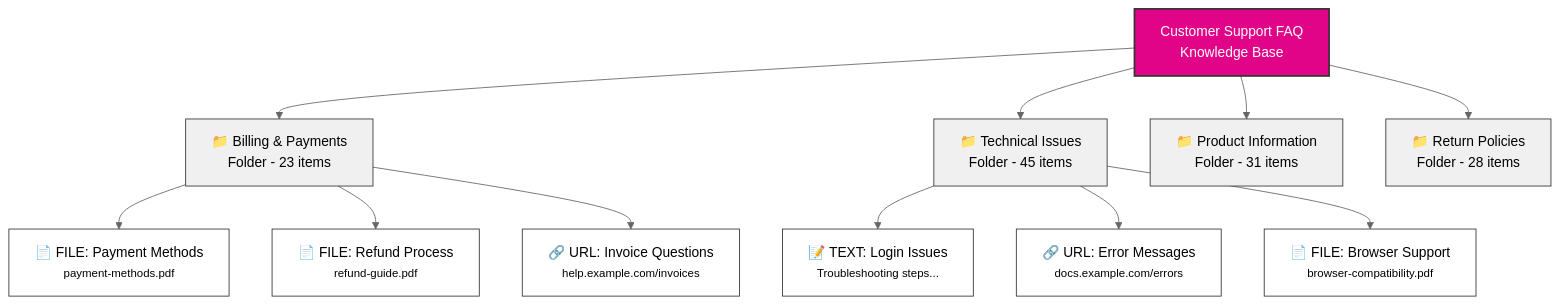
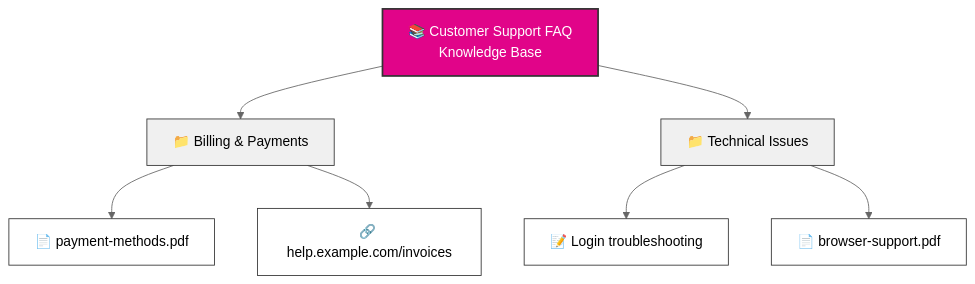
The diagram in build/knowledge/architecture.mdx (robertvy/docs), drawn with Mermaid (neutral theme) before and after one commit.

Commit message:
Simplify Mermaid diagram: reduce nodes for better readability

````diff
--- a/build/knowledge/architecture.mdx
+++ b/build/knowledge/architecture.mdx
@@ -23,29 +23,21 @@
 ```mermaid
 graph TB
-    KB[Customer Support FAQ<br/>Knowledge Base]
+    KB[📚 Customer Support FAQ<br/>Knowledge Base]
 
-    KB --> F1[📁 Billing & Payments<br/>Folder - 23 items]
-    KB --> F2[📁 Technical Issues<br/>Folder - 45 items]
-    KB --> F3[📁 Product Information<br/>Folder - 31 items]
-    KB --> F4[📁 Return Policies<br/>Folder - 28 items]
+    KB --> F1[📁 Billing & Payments]
+    KB --> F2[📁 Technical Issues]
 
-    F1 --> I1[📄 FILE: Payment Methods<br/><small>payment-methods.pdf</small>]
-    F1 --> I2[📄 FILE: Refund Process<br/><small>refund-guide.pdf</small>]
-    F1 --> I3[🔗 URL: Invoice Questions<br/><small>help.example.com/invoices</small>]
+    F1 --> I1[📄 payment-methods.pdf]
+    F1 --> I2[🔗 help.example.com/invoices]
 
-    F2 --> I4[📝 TEXT: Login Issues<br/><small>Troubleshooting steps...</small>]
-    F2 --> I5[🔗 URL: Error Messages<br/><small>docs.example.com/errors</small>]
-    F2 --> I6[📄 FILE: Browser Support<br/><small>browser-compatibility.pdf</small>]
+    F2 --> I3[📝 Login troubleshooting]
+    F2 --> I4[📄 browser-support.pdf]
 
     style KB fill:#E10489,stroke:#333,stroke-width:2px,color:#fff
     style F1 fill:#f0f0f0,stroke:#333,stroke-width:1px,color:#000
     style F2 fill:#f0f0f0,stroke:#333,stroke-width:1px,color:#000
-    style F3 fill:#f0f0f0,stroke:#333,stroke-width:1px,color:#000
-    style F4 fill:#f0f0f0,stroke:#333,stroke-width:1px,color:#000
     style I1 fill:#fff,stroke:#333,stroke-width:1px,color:#000
     style I2 fill:#fff,stroke:#333,stroke-width:1px,color:#000
     style I3 fill:#fff,stroke:#333,stroke-width:1px,color:#000
     style I4 fill:#fff,stroke:#333,stroke-width:1px,color:#000
-    style I5 fill:#fff,stroke:#333,stroke-width:1px,color:#000
-    style I6 fill:#fff,stroke:#333,stroke-width:1px,color:#000
 ```
````
